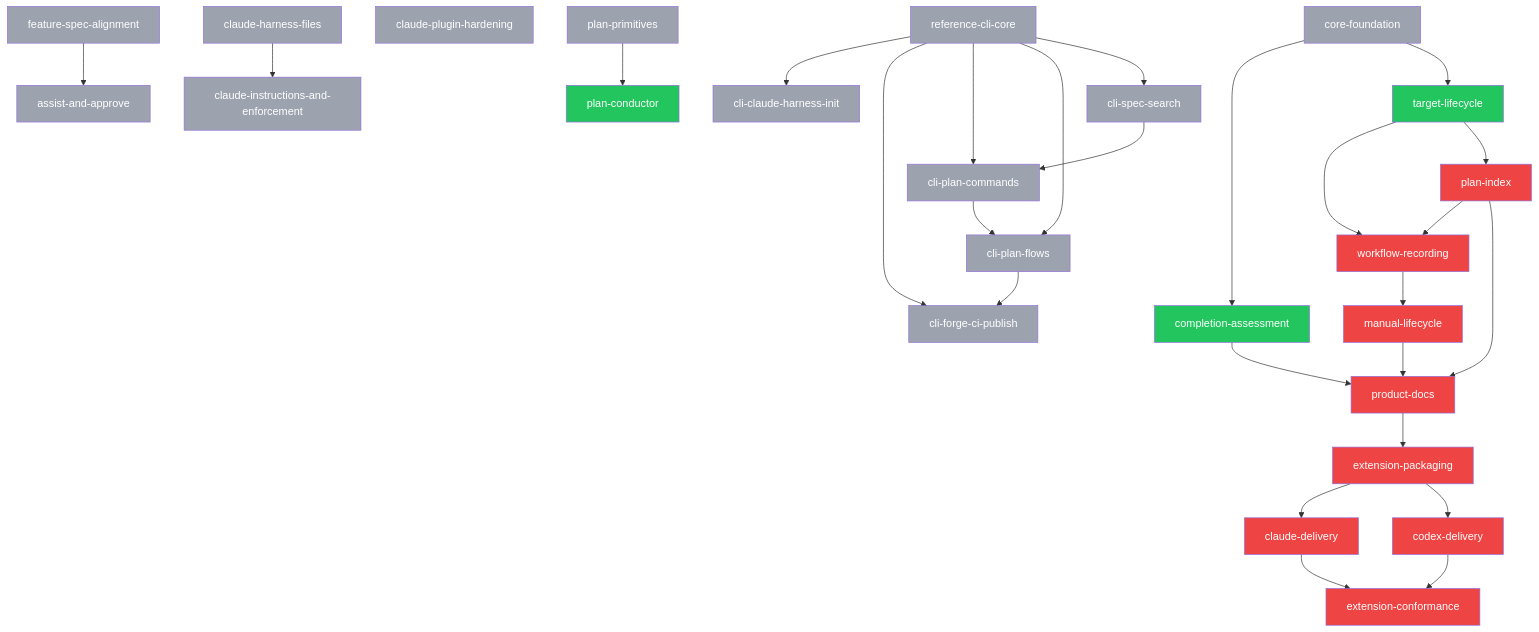
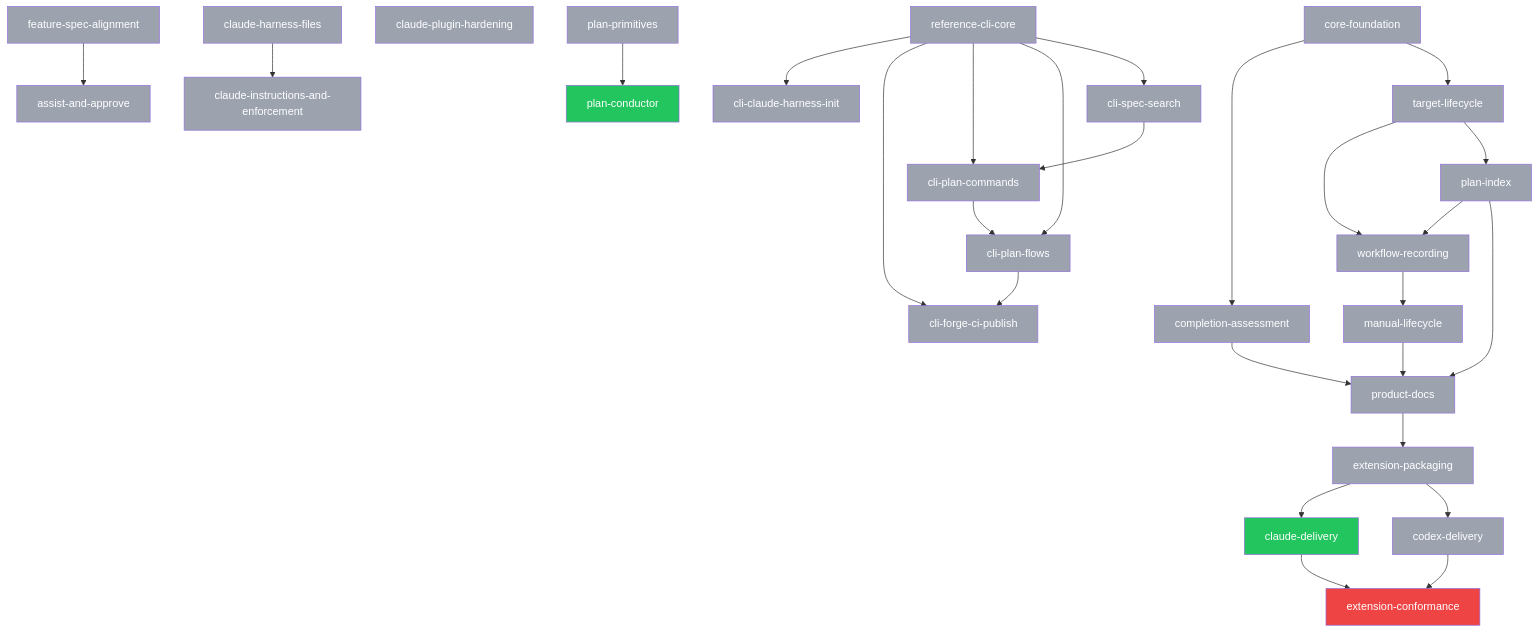
The diagram in plans/PLANS.md (SpiralSky/specplane), drawn with Mermaid before and after one commit. The commit also changed other lines of this file, not shown here.

Commit message:
chore(specplane): regenerate the plan index
Specplane-Agent: claude-code
Specplane-Session: 1b815178-0793-4e22-9150-637cf03792d3

````diff
--- a/plans/PLANS.md
+++ b/plans/PLANS.md
@@ -41,60 +41,60 @@
 ```mermaid
 graph TD
     p_2026_10_28_reference_cli_core[reference-cli-core]:::done
     p_2026_10_29_assist_and_approve[assist-and-approve]:::done
     p_2026_10_29_claude_harness_files[claude-harness-files]:::done
     p_2026_10_29_claude_instructions_and_enforcement[claude-instructions-and-enforcement]:::done
     p_2026_10_29_claude_plugin_hardening[claude-plugin-hardening]:::done
     p_2026_10_29_cli_claude_harness_init[cli-claude-harness-init]:::done
     p_2026_10_29_cli_forge_ci_publish[cli-forge-ci-publish]:::done
     p_2026_10_29_cli_plan_commands[cli-plan-commands]:::done
     p_2026_10_29_cli_plan_flows[cli-plan-flows]:::done
     p_2026_10_29_cli_spec_search[cli-spec-search]:::done
     p_2026_10_29_feature_spec_alignment[feature-spec-alignment]:::done
     p_2026_10_30_plan_conductor[plan-conductor]:::ready
     p_2026_10_30_plan_primitives[plan-primitives]:::done
-    p_2026_11_01_claude_delivery[claude-delivery]:::blocked
-    p_2026_11_01_codex_delivery[codex-delivery]:::blocked
+    p_2026_11_01_claude_delivery[claude-delivery]:::ready
+    p_2026_11_01_codex_delivery[codex-delivery]:::done
     p_2026_11_01_core_foundation[core-foundation]:::done
     p_2026_11_01_extension_conformance[extension-conformance]:::blocked
-    p_2026_11_01_extension_packaging[extension-packaging]:::blocked
-    p_2026_11_01_manual_lifecycle[manual-lifecycle]:::blocked
-    p_2026_11_01_workflow_recording[workflow-recording]:::blocked
-    p_2026_11_02_completion_assessment[completion-assessment]:::ready
-    p_2026_11_02_plan_index[plan-index]:::blocked
-    p_2026_11_02_product_docs[product-docs]:::blocked
-    p_2026_11_02_target_lifecycle[target-lifecycle]:::ready
+    p_2026_11_01_extension_packaging[extension-packaging]:::done
+    p_2026_11_01_manual_lifecycle[manual-lifecycle]:::done
+    p_2026_11_01_workflow_recording[workflow-recording]:::done
+    p_2026_11_02_completion_assessment[completion-assessment]:::done
+    p_2026_11_02_plan_index[plan-index]:::done
+    p_2026_11_02_product_docs[product-docs]:::done
+    p_2026_11_02_target_lifecycle[target-lifecycle]:::done
     p_2026_10_29_feature_spec_alignment --> p_2026_10_29_assist_and_approve
     p_2026_10_29_claude_harness_files --> p_2026_10_29_claude_instructions_and_enforcement
     p_2026_10_28_reference_cli_core --> p_2026_10_29_cli_claude_harness_init
     p_2026_10_28_reference_cli_core --> p_2026_10_29_cli_forge_ci_publish
     p_2026_10_29_cli_plan_flows --> p_2026_10_29_cli_forge_ci_publish
     p_2026_10_28_reference_cli_core --> p_2026_10_29_cli_plan_commands
     p_2026_10_29_cli_spec_search --> p_2026_10_29_cli_plan_commands
     p_2026_10_28_reference_cli_core --> p_2026_10_29_cli_plan_flows
     p_2026_10_29_cli_plan_commands --> p_2026_10_29_cli_plan_flows
     p_2026_10_28_reference_cli_core --> p_2026_10_29_cli_spec_search
     p_2026_10_30_plan_primitives --> p_2026_10_30_plan_conductor
     p_2026_11_01_extension_packaging --> p_2026_11_01_claude_delivery
     p_2026_11_01_extension_packaging --> p_2026_11_01_codex_delivery
     p_2026_11_01_claude_delivery --> p_2026_11_01_extension_conformance
     p_2026_11_01_codex_delivery --> p_2026_11_01_extension_conformance
     p_2026_11_02_product_docs --> p_2026_11_01_extension_packaging
     p_2026_11_01_workflow_recording --> p_2026_11_01_manual_lifecycle
     p_2026_11_02_plan_index --> p_2026_11_01_workflow_recording
     p_2026_11_02_target_lifecycle --> p_2026_11_01_workflow_recording
     p_2026_11_01_core_foundation --> p_2026_11_02_completion_assessment
     p_2026_11_02_target_lifecycle --> p_2026_11_02_plan_index
     p_2026_11_01_manual_lifecycle --> p_2026_11_02_product_docs
     p_2026_11_02_completion_assessment --> p_2026_11_02_product_docs
     p_2026_11_02_plan_index --> p_2026_11_02_product_docs
     p_2026_11_01_core_foundation --> p_2026_11_02_target_lifecycle
     classDef draft fill:#f9fafb,color:#374151,stroke:#d1d5db
     classDef ready fill:#22c55e,color:#fff
     classDef blocked fill:#ef4444,color:#fff
     classDef in_progress fill:#3b82f6,color:#fff
     classDef review fill:#60a5fa,color:#fff
     classDef done fill:#9ca3af,color:#fff
     classDef abandoned fill:#9ca3af,color:#fff,text-decoration:line-through
     classDef shelved fill:#fef3c7,color:#92400e,stroke:#d97706
 ```
````
